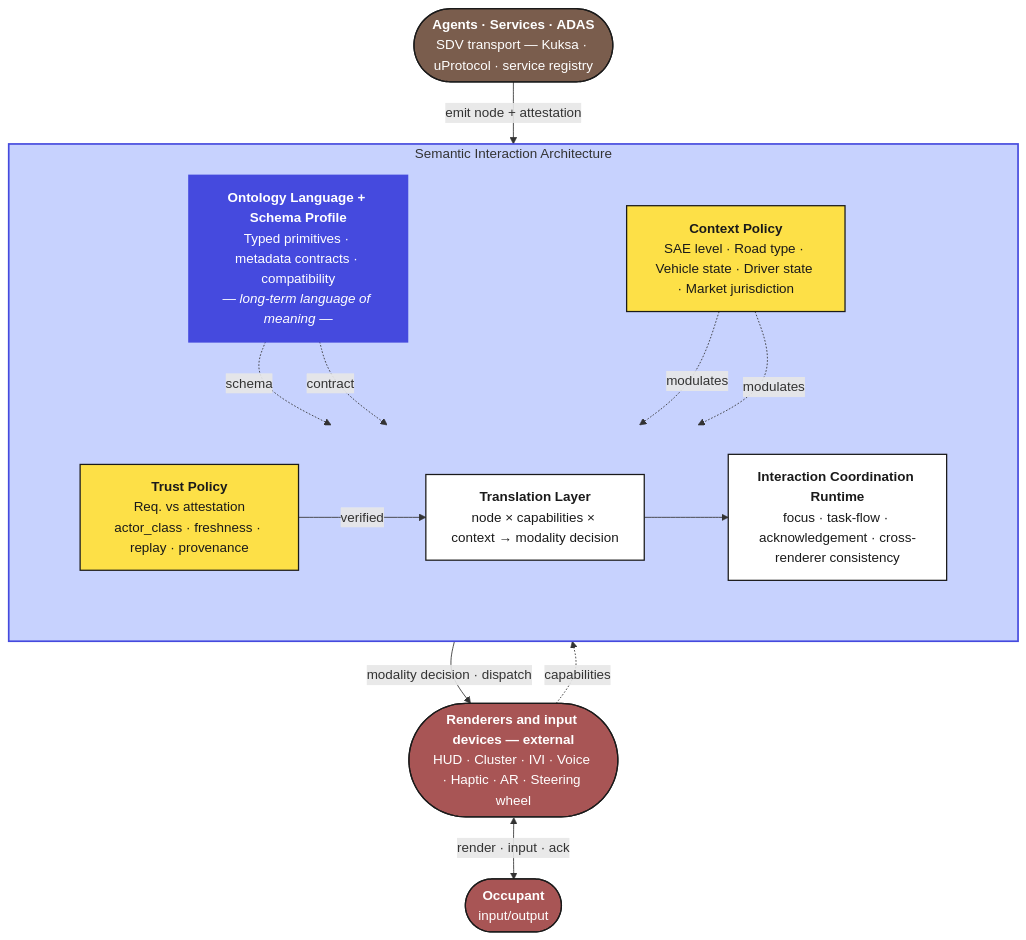
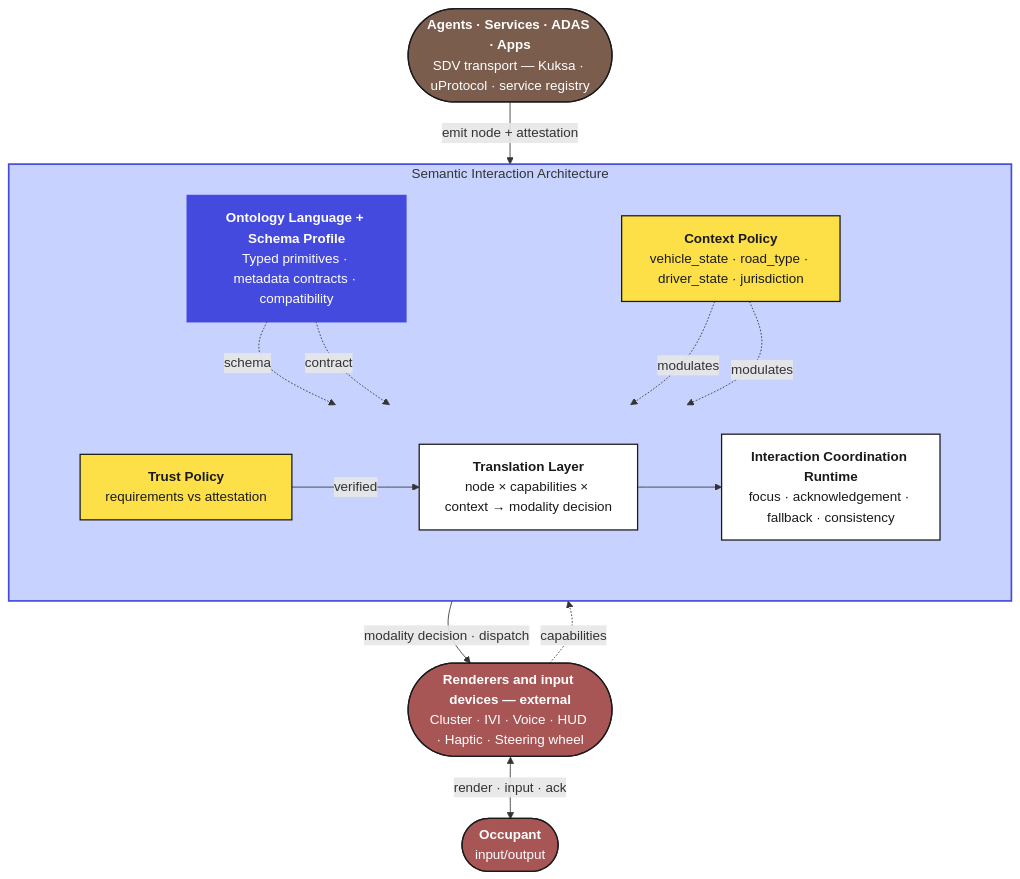
The second of 3 diagrams in 01_Semantic-Interaction-Architecture-sdv.md (yaneczech/SIA), drawn with Mermaid before and after one commit. The commit also changed other lines of this file and 1 other file, not shown here.

````diff
--- a/01_Semantic-Interaction-Architecture-sdv.md
+++ b/01_Semantic-Interaction-Architecture-sdv.md
@@ -142,43 +148,43 @@
 ```mermaid
 flowchart TB
-    EXT2(["<b>Agents · Services · ADAS</b><br/>SDV transport — Kuksa · uProtocol · service registry"])
+    EXT2(["<b>Agents · Services · ADAS · Apps</b><br/>SDV transport — Kuksa · uProtocol · service registry"])
 
     subgraph SIA ["Semantic Interaction Architecture"]
         direction TB
-        O["<b>Ontology Language + Schema Profile</b><br/>Typed primitives · metadata contracts · compatibility<br/><i>— long-term language of meaning —</i>"]
+        O["<b>Ontology Language + Schema Profile</b><br/>Typed primitives · metadata contracts · compatibility"]
 
         subgraph FLOW [" "]
             direction LR
-            TL["<b>Trust Policy</b><br/>Req. vs attestation<br/>actor_class · freshness · replay · provenance"]
+            TL["<b>Trust Policy</b><br/>requirements vs attestation"]
             T["<b>Translation Layer</b><br/>node × capabilities × context → modality decision"]
-            RT["<b>Interaction Coordination Runtime</b><br/>focus · task-flow · acknowledgement · cross-renderer consistency"]
+            RT["<b>Interaction Coordination Runtime</b><br/>focus · acknowledgement · fallback · consistency"]
         end
 
-        CE["<b>Context Policy</b><br/>SAE level · Road type · Vehicle state · Driver state · Market jurisdiction"]
+        CE["<b>Context Policy</b><br/>vehicle_state · road_type · driver_state · jurisdiction"]
     end
 
-    EXT_R(["<b>Renderers and input devices — external</b><br/>HUD · Cluster · IVI · Voice · Haptic · AR · Steering wheel"])
+    EXT_R(["<b>Renderers and input devices — external</b><br/>Cluster · IVI · Voice · HUD · Haptic · Steering wheel"])
     EXT1(["<b>Occupant</b><br/>input/output"])
 
     EXT2 -->|"emit node + attestation"| TL
     O -.->|"schema"| TL
     O -.->|"contract"| T
     TL -->|"verified"| T
     T --> RT
     CE -.->|"modulates"| T
     CE -.->|"modulates"| RT
     RT -->|"modality decision · dispatch"| EXT_R
     EXT_R -.->|"capabilities"| T
     EXT_R <-->|"render · input · ack"| EXT1
 
     style O fill:#454ADE,stroke:#454ADE,stroke-width:2px,color:#ffffff
     style TL fill:#fde047,stroke:#1a1a1a,stroke-width:1.5px,color:#1a1a1a
     style CE fill:#fde047,stroke:#1a1a1a,stroke-width:1.5px,color:#1a1a1a
     style T fill:#ffffff,stroke:#1a1a1a,stroke-width:1.5px,color:#1a1a1a
     style RT fill:#ffffff,stroke:#1a1a1a,stroke-width:1.5px,color:#1a1a1a
     style EXT2 fill:#7a5d4d,stroke:#1a1a1a,stroke-width:1.5px,color:#ffffff
     style EXT_R fill:#a85555,stroke:#1a1a1a,stroke-width:1.5px,color:#ffffff
     style EXT1 fill:#a85555,stroke:#1a1a1a,stroke-width:1.5px,color:#ffffff
     style SIA fill:#c7d2fe,stroke:#454ADE,stroke-width:2px
     style FLOW fill:none,stroke:none
 ```
````
